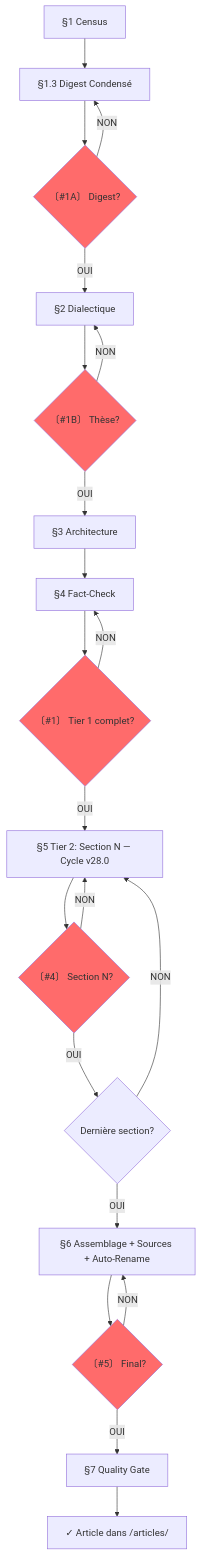
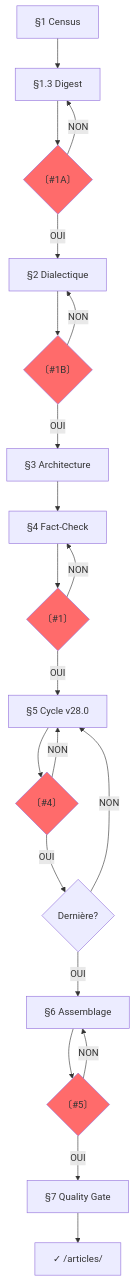
Before and after one commit to giak/Truth-engine: the diagram in tools/prompts/systems/SUBLIMATOR_v28.0.md, drawn with Mermaid. The commit also changed other lines of this file, not shown here.

````diff
--- a/tools/prompts/systems/SUBLIMATOR_v28.0.md
+++ b/tools/prompts/systems/SUBLIMATOR_v28.0.md
@@ -1001,29 +405,28 @@
 ```mermaid
 graph TD
-    A[§1 Census] --> B[§1.3 Digest Condensé]
-    B --> C{〔#1A〕 Digest?}
+    A[§1 Census] --> B[§1.3 Digest]
+    B --> C{〔#1A〕}
     C -->|NON| B
     C -->|OUI| D[§2 Dialectique]
-    D --> E{〔#1B〕 Thèse?}
+    D --> E{〔#1B〕}
     E -->|NON| D
     E -->|OUI| F[§3 Architecture]
     F --> G[§4 Fact-Check]
-    G --> H{〔#1〕 Tier 1 complet?}
+    G --> H{〔#1〕}
     H -->|NON| G
-    H -->|OUI| I[§5 Tier 2: Section N — Cycle v28.0]
-    I --> J{〔#4〕 Section N?}
+    H -->|OUI| I[§5 Cycle v28.0]
+    I --> J{〔#4〕}
     J -->|NON| I
-    J -->|OUI| K{Dernière section?}
+    J -->|OUI| K{Dernière?}
     K -->|NON| I
-    K -->|OUI| L[§6 Assemblage + Sources + Auto-Rename]
-    L --> M{〔#5〕 Final?}
+    K -->|OUI| L[§6 Assemblage]
+    L --> M{〔#5〕}
     M -->|NON| L
     M -->|OUI| N[§7 Quality Gate]
-    N --> O[✓ Article dans /articles/]
-
+    N --> O[✓ /articles/]
     style C fill:#ff6b6b
     style E fill:#ff6b6b
     style H fill:#ff6b6b
     style J fill:#ff6b6b
     style M fill:#ff6b6b
 ```
````
